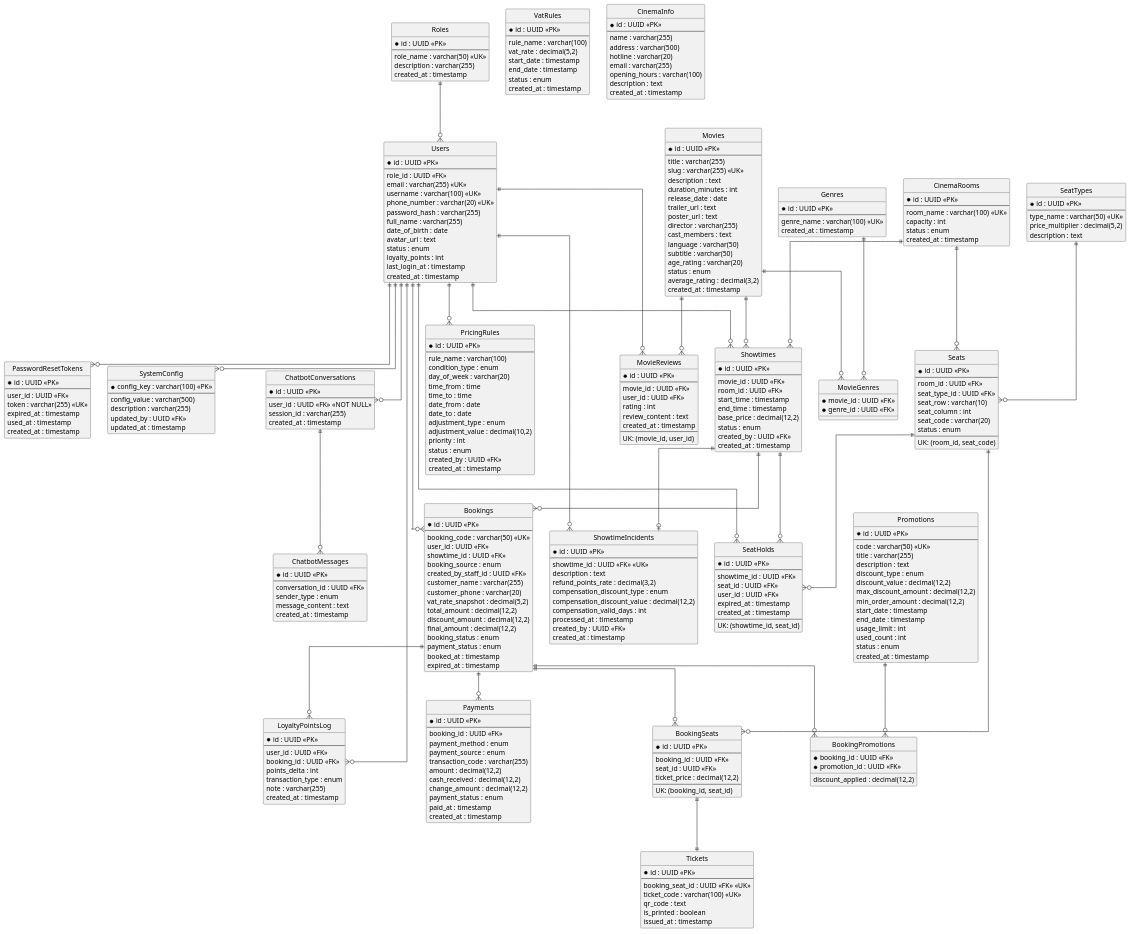
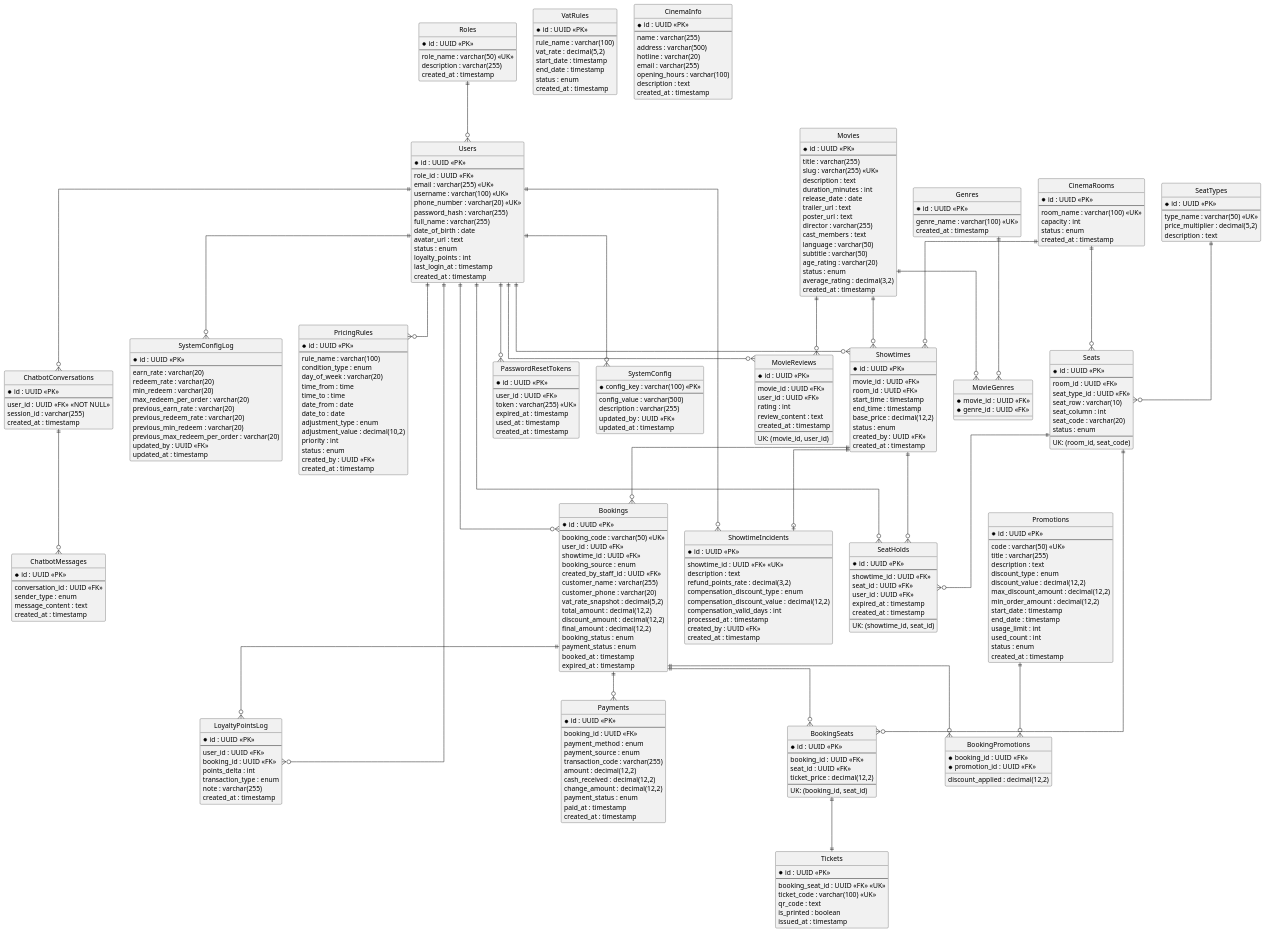
Before and after one commit to khiem1301/MovieTicketBookingSystem: the diagram in project_summary_final.md, drawn with PlantUML. The commit also changed other lines of this file and 5 other files, not shown here.

```diff
--- a/project_summary_final.md
+++ b/project_summary_final.md
@@ -826,6 +846,21 @@
     --
     config_value : varchar(500)
     description : varchar(255)
+    updated_by : UUID <<FK>>
+    updated_at : timestamp
+}
+
+entity SystemConfigLog {
+    *id : UUID <<PK>>
+    --
+    earn_rate : varchar(20)
+    redeem_rate : varchar(20)
+    min_redeem : varchar(20)
+    max_redeem_per_order : varchar(20)
+    previous_earn_rate : varchar(20)
+    previous_redeem_rate : varchar(20)
+    previous_min_redeem : varchar(20)
+    previous_max_redeem_per_order : varchar(20)
     updated_by : UUID <<FK>>
     updated_at : timestamp
 }
@@ -1141,6 +1176,7 @@
 
 ' --- Config ---
 Users ||--o{ SystemConfig
+Users ||--o{ SystemConfigLog
 
 ' --- Cinema ---
 CinemaRooms ||--o{ Seats
```
